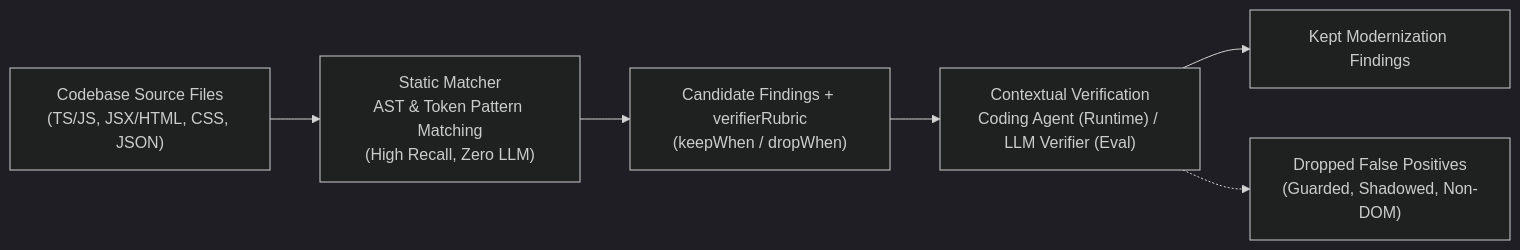
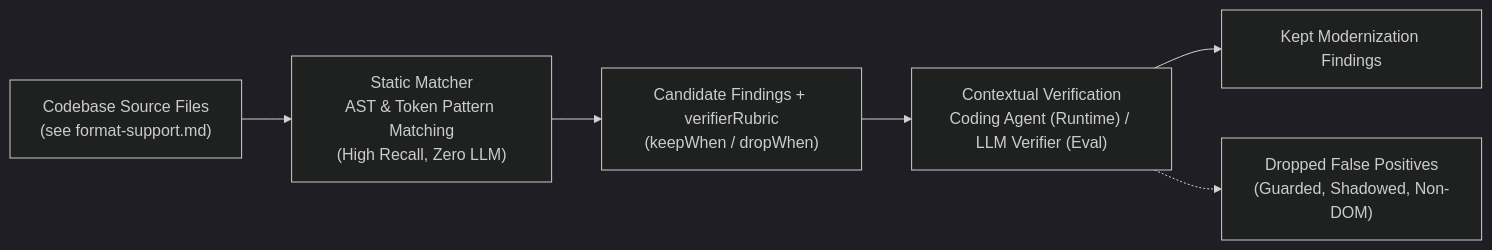
One commit to GoogleChrome/modern-web-guidance-src changed the second of 2 diagrams in src/analyzing/README.md. Above: the diagram before and after it, drawn with Mermaid (dark theme). The commit also changed other lines of this file and 1 other file, not shown here.

````diff
--- a/src/analyzing/README.md
+++ b/src/analyzing/README.md
@@ -137,8 +143,8 @@
 ```mermaid
 flowchart LR
-    Source["Codebase Source Files<br/>(TS/JS, JSX/HTML, CSS, JSON)"] --> StaticMatcher["Static Matcher<br/>AST & Token Pattern Matching<br/>(High Recall, Zero LLM)"]
+    Source["Codebase Source Files<br/>(see format-support.md)"] --> StaticMatcher["Static Matcher<br/>AST & Token Pattern Matching<br/>(High Recall, Zero LLM)"]
     StaticMatcher --> RawCards["Candidate Findings + verifierRubric<br/>(keepWhen / dropWhen)"]
     RawCards --> Verification["Contextual Verification<br/>Coding Agent (Runtime) / LLM Verifier (Eval)"]
     Verification --> Kept["Kept Modernization Findings"]
     Verification -.-> Dropped["Dropped False Positives<br/>(Guarded, Shadowed, Non-DOM)"]
 ```
````
